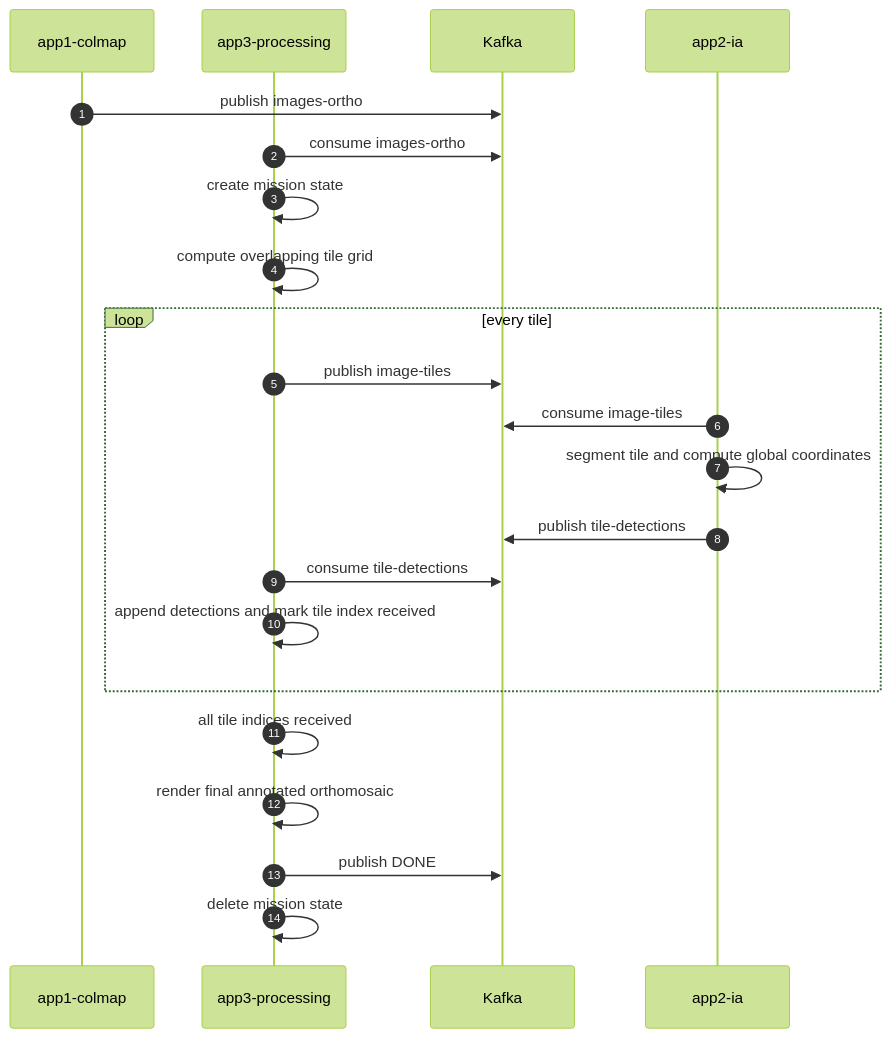
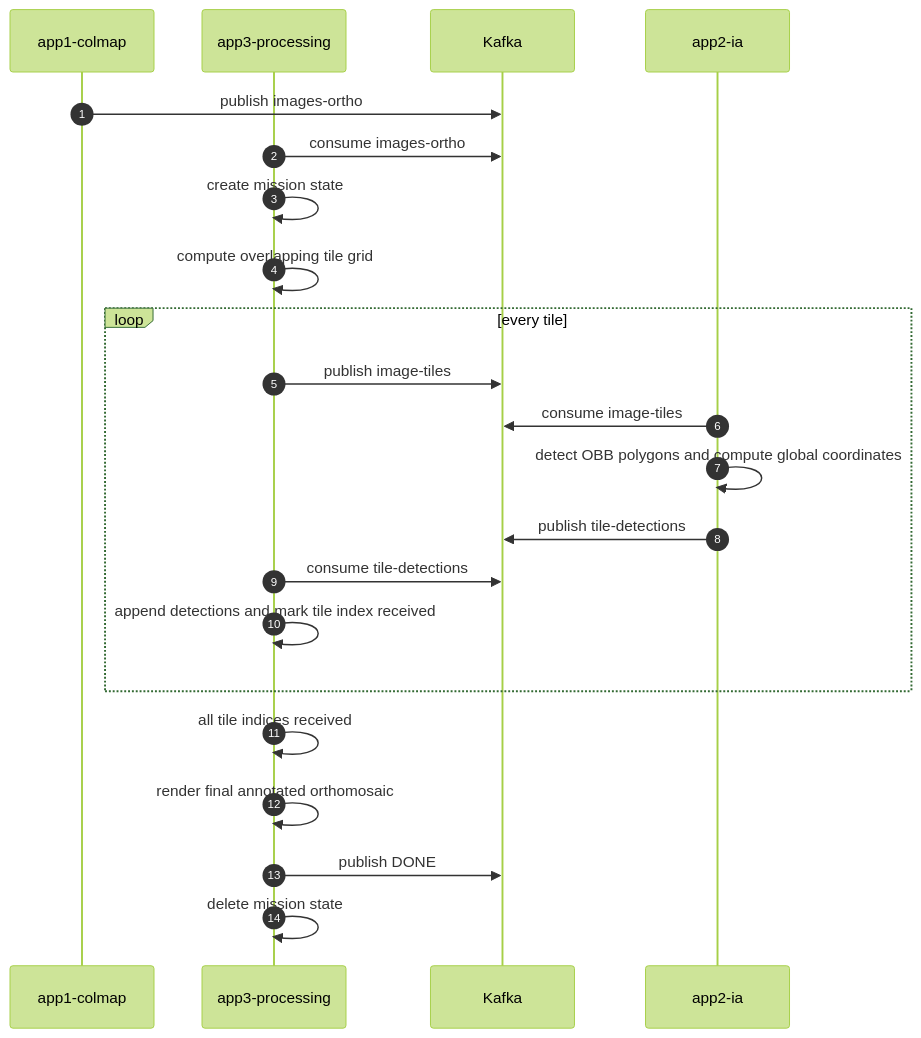
One commit to olivelb/DroneAI changed the eighth of 8 diagrams in DOCUMENTATION.md. Above: the diagram before and after it, drawn with Mermaid (forest theme). The commit also changed other lines of this file and 20 other files, not shown here.

````diff
--- a/DOCUMENTATION.md
+++ b/DOCUMENTATION.md
@@ -1146,25 +1146,25 @@
 ```mermaid
 sequenceDiagram
     autonumber
     participant C as app1-colmap
     participant P as app3-processing
     participant K as Kafka
     participant IA as app2-ia
 
     C->>K: publish images-ortho
     P->>K: consume images-ortho
     P->>P: create mission state
     P->>P: compute overlapping tile grid
     loop every tile
         P->>K: publish image-tiles
         IA->>K: consume image-tiles
-        IA->>IA: segment tile and compute global coordinates
+        IA->>IA: detect OBB polygons and compute global coordinates
         IA->>K: publish tile-detections
         P->>K: consume tile-detections
         P->>P: append detections and mark tile index received
     end
     P->>P: all tile indices received
     P->>P: render final annotated orthomosaic
     P->>K: publish DONE
     P->>P: delete mission state
 ```
````
